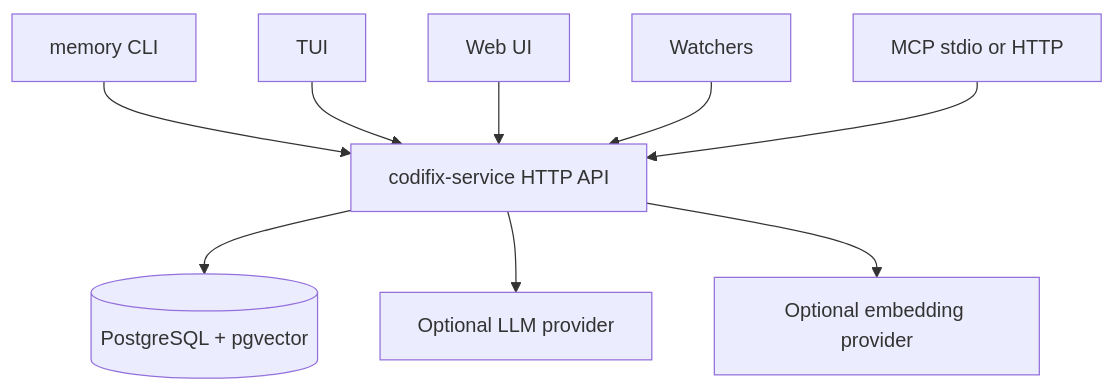
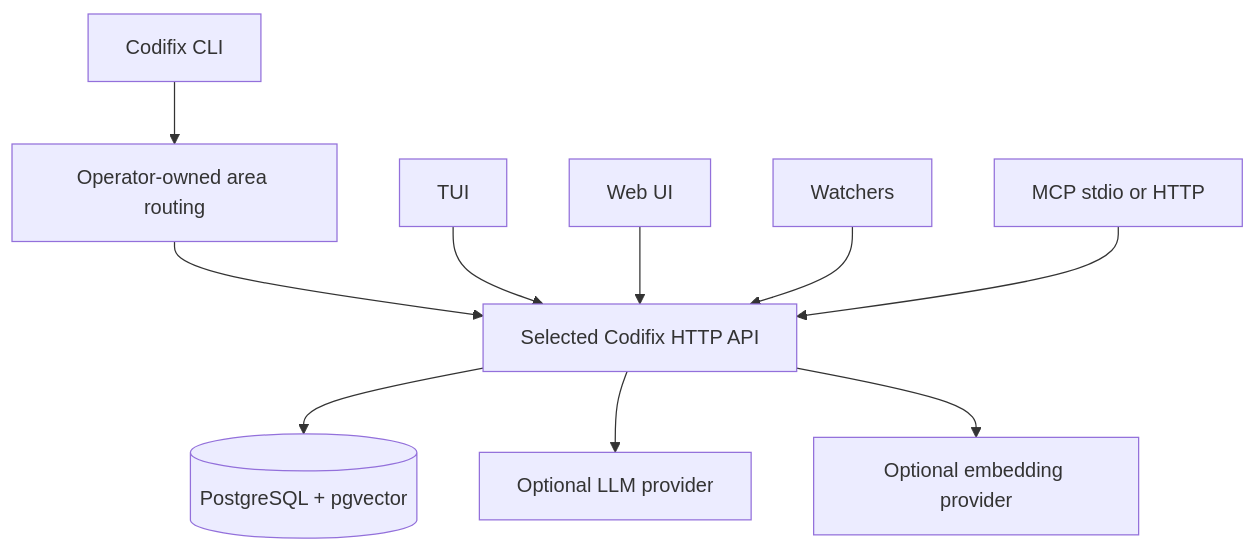
Before and after one commit to 3vilM33pl3/codifix: the diagram in docs-site/content/docs/how-it-works/runtime-topology.mdx, drawn with Mermaid. The commit also changed other lines of this file and 49 other files, not shown here.

````diff
--- a/docs-site/content/docs/how-it-works/runtime-topology.mdx
+++ b/docs-site/content/docs/how-it-works/runtime-topology.mdx
@@ -10,11 +13,12 @@
 ```mermaid
 flowchart TB
-    CLI[memory CLI] --> API[codifix-service HTTP API]
+    CLI[Codifix CLI] --> ROUTE[Operator-owned area routing]
+    ROUTE --> API[Selected Codifix HTTP API]
     TUI[TUI] --> API
     WEB[Web UI] --> API
     WATCH[Watchers] --> API
     MCP[MCP stdio or HTTP] --> API
     API --> DB[(PostgreSQL + pgvector)]
     API --> LLM[Optional LLM provider]
     API --> EMB[Optional embedding provider]
 ```
````
